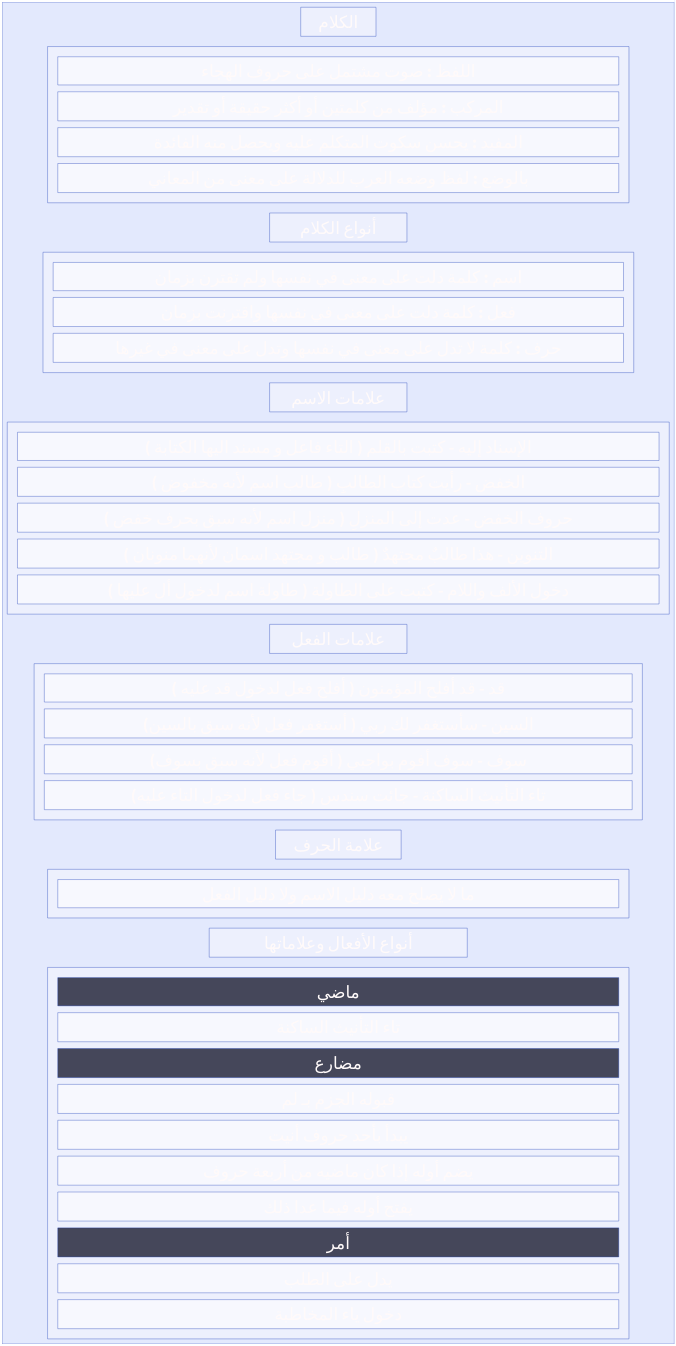
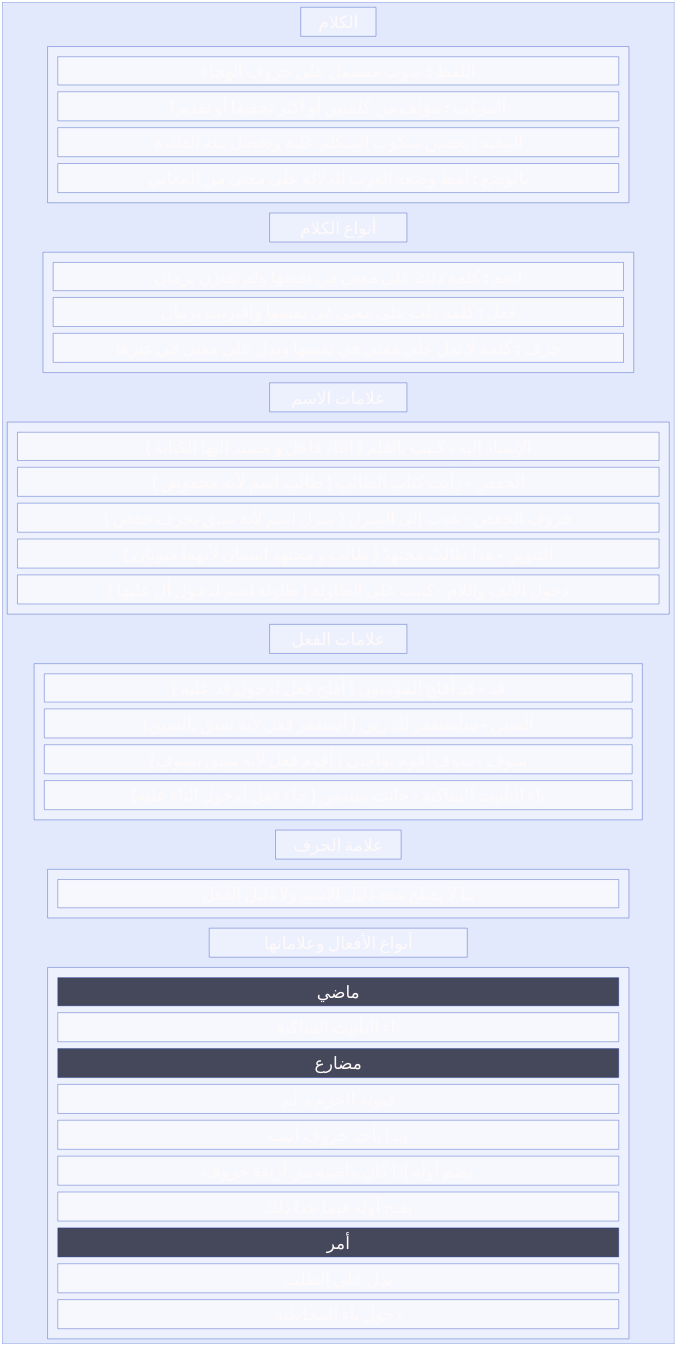
Before and after one commit to sanabel-al-firdaws/sanabel-al-firdaws.github.io: the diagram in .diagrams/ajoromia.d2, drawn with D2. The commit also changed 1 other file, not shown here.

```diff
--- a/.diagrams/ajoromia.d2
+++ b/.diagrams/ajoromia.d2
@@ -1,95 +1,95 @@
 direction: left
 
 **: {
   style.font-size: 100
 
   style.font-color: "#fffafa"
 }
 
 body*: {width: 3400}
 grid*: {width: 3400}
 
 boorder: "" {
 body: "الكلام"
 grid: "" {
   grid-columns: 1
 
   اللفظ \: صوت مشتمل على حروف الهجاء  :{width: 3300}
-  المركب \: مؤلف من كلمتين أو أكثر حقيقة أو تقدير
+  المركب \: مؤلف من كلمتين أو أكثر تحقيقا أو تقديرا
   المفيد \: يحسن سكوت المتكلم عليه ويحصل منه الفائدة
   بالوضع  \: لفظ وضعه العرب للدلالة على معنى من المعاني
 }
 
 body1: "أنواع الكلام"
 grid1: "" {
   grid-columns: 1
 
   اسم \: كلمة دلت على معنى في نفسها ولم تقترن بزمان: {width: 3300}
   فعل \: كلمة دلت على معنى في نفسها واقترنت بزمان
   حرف \: كلمة لا تدل على معنى في نفسها وتدل على معنى في غيرها
 }
 
 body2: "علامات الاسم"
 grid2: "" {
   grid-columns: 1
 
   الإسناد إليه - كتبت بالقلم  ( التاء فاعل و مسند اليها الكتابة ): {width: 3300}
   الخفض - رأيت كتاب الطالبِ ( طالب اسم لأنه مخفوض )
   حروف الخفض - عدت إلى المنزلِ ( منزل اسم لأنه سبق بحرف خفض )
   التنوين - هذا طالبٌ مجتهدٌ ( طالب و مجتهد اسمان لأنهما منونان )
   دخول الألف واللام - كتبت على الطاولة ( طاولة اسم لدخول أل عليها )
 }
 
 body3: "علامات الفعل"
 grid3: "" {
   grid-columns: 1
 
   قد - قد أفلح المؤمنون  ( أفلح فعل لدخول قد عليه ) : {width: 3300}
   السين - سأستغفر لك ربي ( أستغفر فعل لأنه سبق بالسين)
-  سوف - سوف أفوم بواجبي ( أقوم فعل لأنه سبق بسوف)
+  سوف - سوف أقوم بواجبي ( أقوم فعل لأنه سبق بسوف)
   تاء التأنيث الساكنة - جائت سندس ( جاء فعل لدخول التاء عليه)
 }
 
 body4: "علامة الحرف"
 grid4: "" {
   grid-columns: 1
   ما لا يصلح معه دليل الاسم ولا دليل الفعل: {width: 3300}
 }
 
 body5: "أنواع الأفعال وعلاماتها"
 grid5: "" {
   grid-columns: 1
   ماضي: {width: 3300; style.fill: "#45475A"}
   تاء  التأنيث الساكنة
   مضارع :{style.fill: "#45475A"}
   قبوله الجزم بـ لم
   يبدأ بأحد حروف أنيت
   يضم أوله إذا كان ماضيه من أربعة حروف
   يفتح أوله فيما عدا ذلك
 
   أمر :{style.fill: "#45475A"}
   يدل على الطلب
   دخول ياء المخاطبة
 }
 
 }
 # N1: "#CDD6F4",
 # N2: "#BAC2DE",
 # N3: "#A6ADC8",
 # N4: "#585B70",
 # N5: "#45475A",
 # N6: "#45475A",
 # N7: "#1E1E2E",
 
 
 vars: {
     d2-config: {
       theme-overrides: {
 
         # B2: "#66BB6A"
         # B3: "#A5D6A7"
         # B4: "#45475A"
 
       }
     }
   }
```
